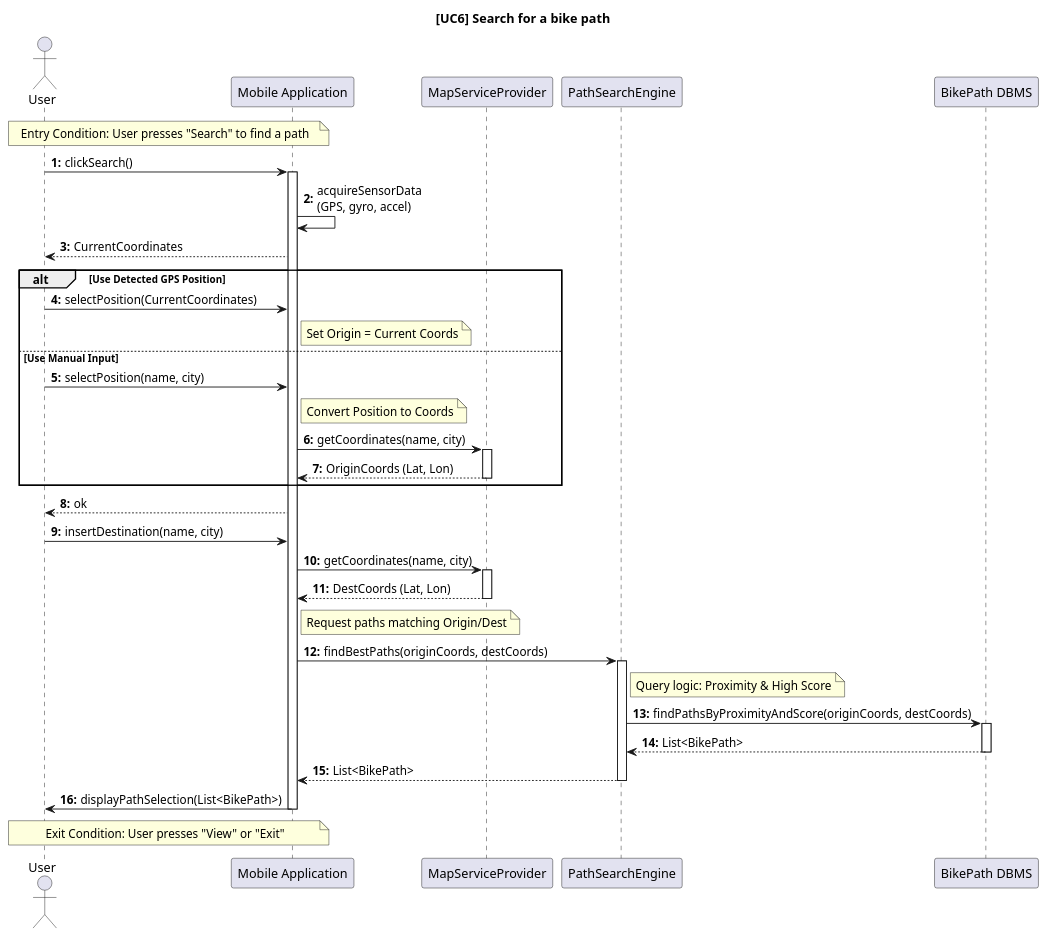
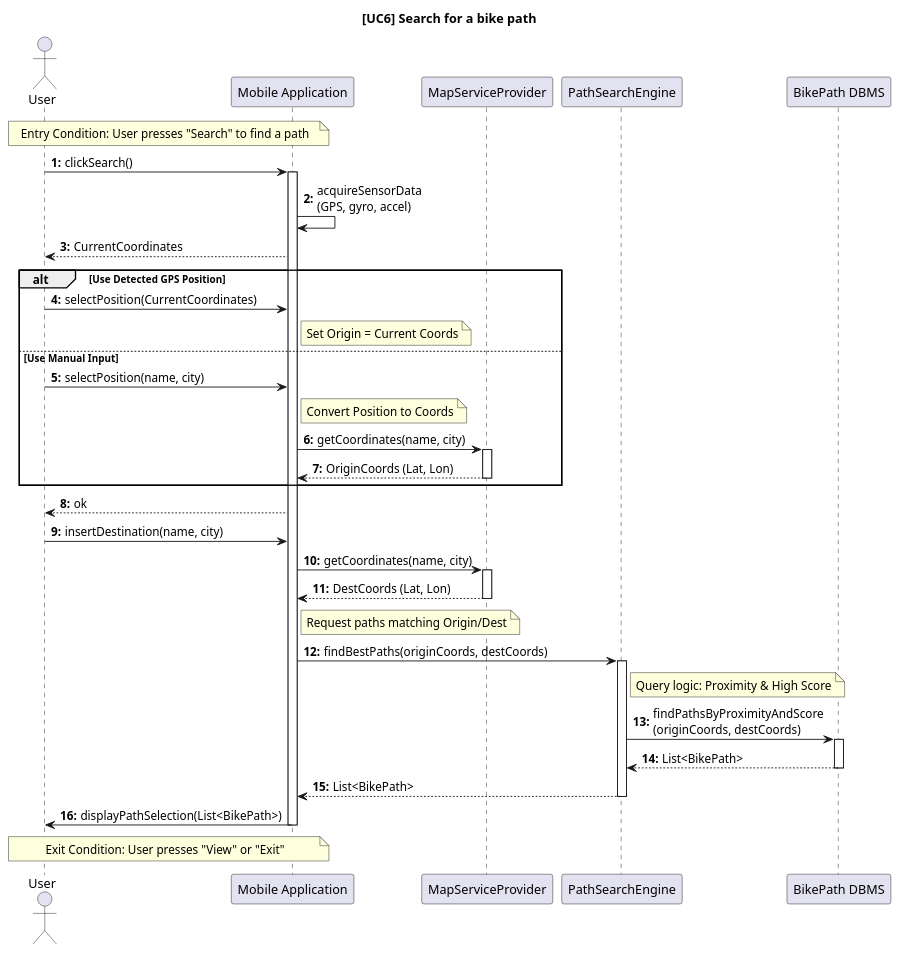
Before and after one commit to ilevinci/RubinoUvinsiVinciguerra: the diagram in DD/sequencediagrams/usecase6.puml, drawn with PlantUML. The commit also changed 5 other files, not shown here.

Commit message:
further refinement of sequence diagrams

```diff
--- a/DD/sequencediagrams/usecase6.puml
+++ b/DD/sequencediagrams/usecase6.puml
@@ -1,88 +1,88 @@
 @startuml UC6_SearchBikePath_Design
 autonumber "<b>0:"
 title [UC6] Search for a bike path
 
 ' =======================================================
 ' COMPONENT DEFINITION
 ' =======================================================
 actor "User" as User
 participant "Mobile Application" as Client
 
 ' External Service (Geocoding)
 participant "MapServiceProvider" as Map
 
 ' Backend System
 participant "PathSearchEngine" as Search
 participant "BikePath DBMS" as DB
 
 ' =======================================================
 ' ENTRY CONDITION
 ' =======================================================
 note over User, Client: Entry Condition: User presses "Search" to find a path
 
 ' =======================================================
 ' (a) GPS DETECTION & INIT
 ' =======================================================
 User -> Client: clickSearch()
 activate Client
 
 ' Acquisizione locale sensori
 Client -> Client: acquireSensorData\n(GPS, gyro, accel)
 
 ' =======================================================
 ' (b) ORIGIN SELECTION
 ' =======================================================
 Client --> User: CurrentCoordinates
 
 alt Use Detected GPS Position
     User -> Client: selectPosition(CurrentCoordinates)
     note right of Client: Set Origin = Current Coords
 else Use Manual Input
     User -> Client: selectPosition(name, city)
     
     ' Smart Client: Geocoding prima della ricerca
     note right of Client: Convert Position to Coords
     Client -> Map: getCoordinates(name, city)
     activate Map
     Map --> Client: OriginCoords (Lat, Lon)
     deactivate Map
 end
 
 ' =======================================================
 ' (c) DESTINATION SELECTION
 ' =======================================================
 Client --> User: ok
 User -> Client: insertDestination(name, city)
 
 ' Smart Client: Geocoding Destination
 Client -> Map: getCoordinates(name, city)
 activate Map
 Map --> Client: DestCoords (Lat, Lon)
 deactivate Map
 
 ' =======================================================
 ' (d) PATH RETRIEVAL AND SCORING
 ' =======================================================
 ' Invio della query con le coordinate già pronte
 note right of Client: Request paths matching Origin/Dest
 
 Client -> Search: findBestPaths(originCoords, destCoords)
 activate Search
 
 ' Query al DB: Trova percorsi vicini e ordinali per Score
 note right of Search: Query logic: Proximity & High Score
-Search -> DB: findPathsByProximityAndScore(originCoords, destCoords)
+Search -> DB: findPathsByProximityAndScore\n(originCoords, destCoords)
 activate DB
 DB --> Search: List<BikePath>
 deactivate DB
 
 ' Conversione in DTO leggeri per la lista
 Search --> Client: List<BikePath>
 deactivate Search
 
 Client -> User: displayPathSelection(List<BikePath>)
 
 note over User, Client: Exit Condition: User presses "View" or "Exit"
 
 deactivate Client
 @enduml
```
